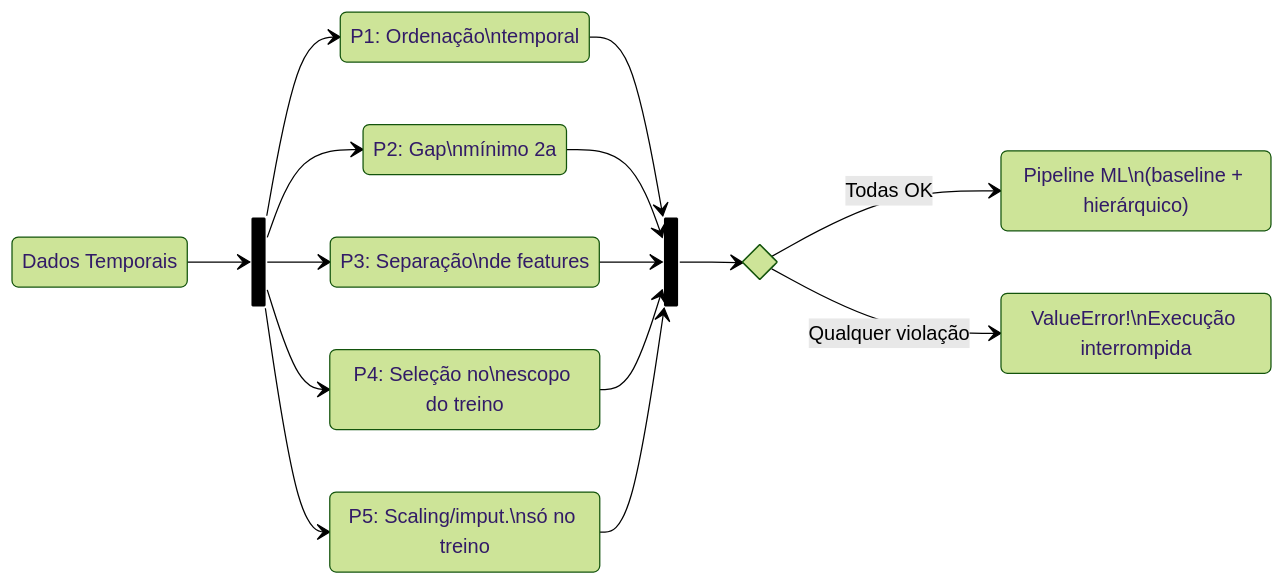
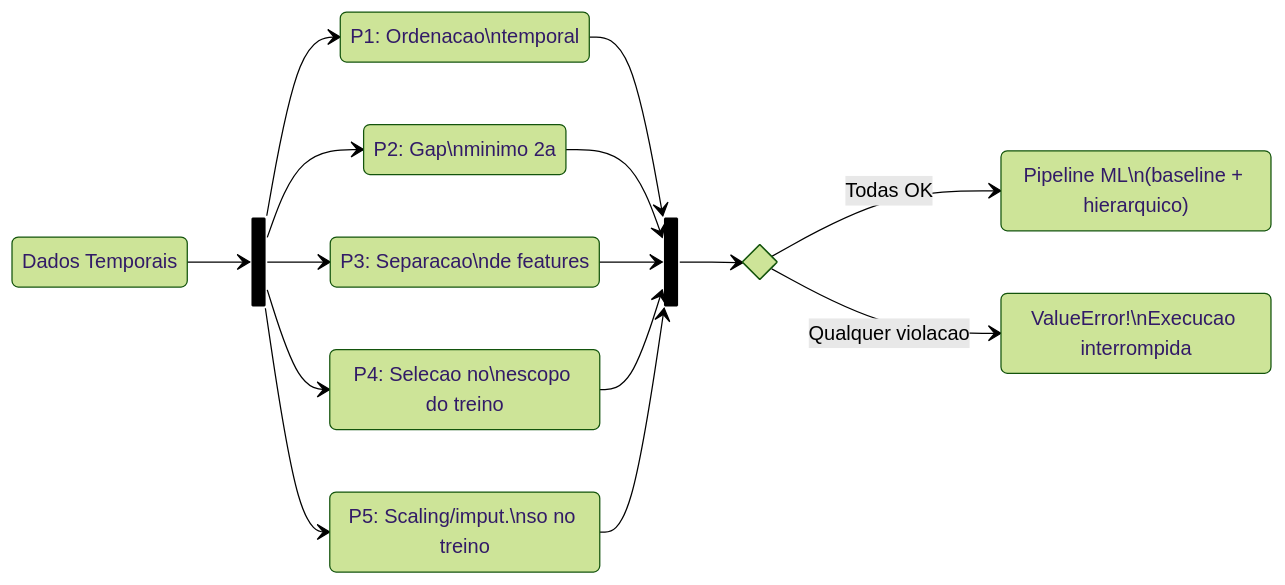
The third of 4 diagrams in README.md (DATA-UFMS/rampart-framework), drawn with Mermaid (forest theme) before and after one commit. The commit also changed other lines of this file and 2 other files, not shown here.

````diff
--- a/README.md
+++ b/README.md
@@ -92,34 +92,34 @@
 ```mermaid
 stateDiagram-v2
     direction LR
 
     state "Dados Temporais" as INPUT
     state fork_state <<fork>>
     state join_state <<join>>
 
-    state "P1: Ordenação\ntemporal" as P1
-    state "P2: Gap\nmínimo 2a" as P2
-    state "P3: Separação\nde features" as P3
-    state "P4: Seleção no\nescopo do treino" as P4
-    state "P5: Scaling/imput.\nsó no treino" as P5
+    state "P1: Ordenacao\ntemporal" as P1
+    state "P2: Gap\nminimo 2a" as P2
+    state "P3: Separacao\nde features" as P3
+    state "P4: Selecao no\nescopo do treino" as P4
+    state "P5: Scaling/imput.\nso no treino" as P5
 
     state check <<choice>>
 
-    state "Pipeline ML\n(baseline + hierárquico)" as ML
-    state "ValueError!\nExecução interrompida" as FAIL
+    state "Pipeline ML\n(baseline + hierarquico)" as ML
+    state "ValueError!\nExecucao interrompida" as FAIL
 
     INPUT --> fork_state
     fork_state --> P1
     fork_state --> P2
     fork_state --> P3
     fork_state --> P4
     fork_state --> P5
     P1 --> join_state
     P2 --> join_state
     P3 --> join_state
     P4 --> join_state
     P5 --> join_state
     join_state --> check
     check --> ML : Todas OK
-    check --> FAIL : Qualquer violação
+    check --> FAIL : Qualquer violacao
 ```
````
